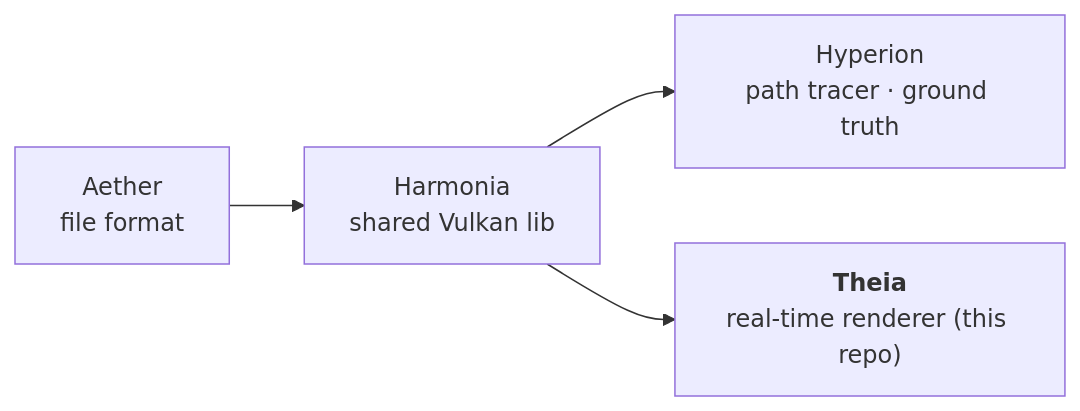
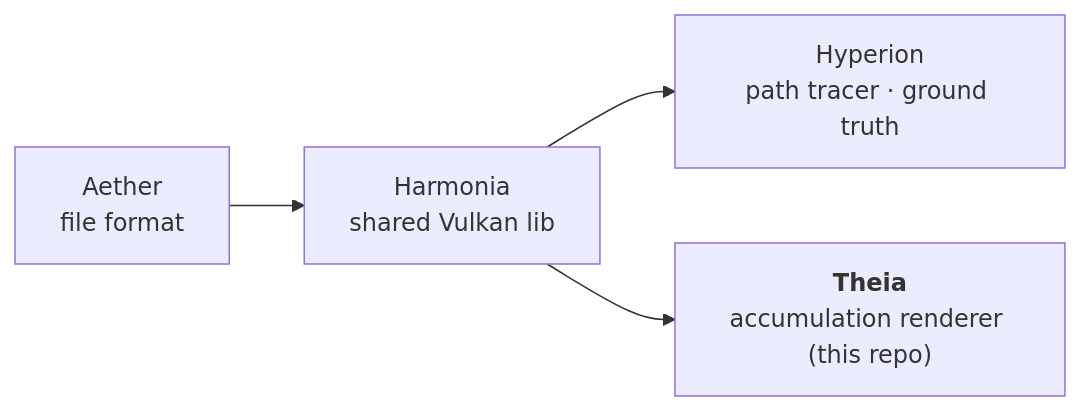
The first of 2 diagrams in AGENTS.md (McNopper/Theia), drawn with Mermaid before and after one commit. The commit also changed other lines of this file and 2 other files, not shown here.

Commit message:
chore: v0.6.14 — accumulation-renderer positioning + slang-math v0.2.0 pins

````diff
--- a/AGENTS.md
+++ b/AGENTS.md
@@ -16,6 +17,6 @@
 ```mermaid
 flowchart LR
     A["Aether<br/>file format"] --> H["Harmonia<br/>shared Vulkan lib"]
     H --> Hy["Hyperion<br/>path tracer · ground truth"]
-    H --> T["<b>Theia</b><br/>real-time renderer (this repo)"]
+    H --> T["<b>Theia</b><br/>accumulation renderer (this repo)"]
 ```
````
